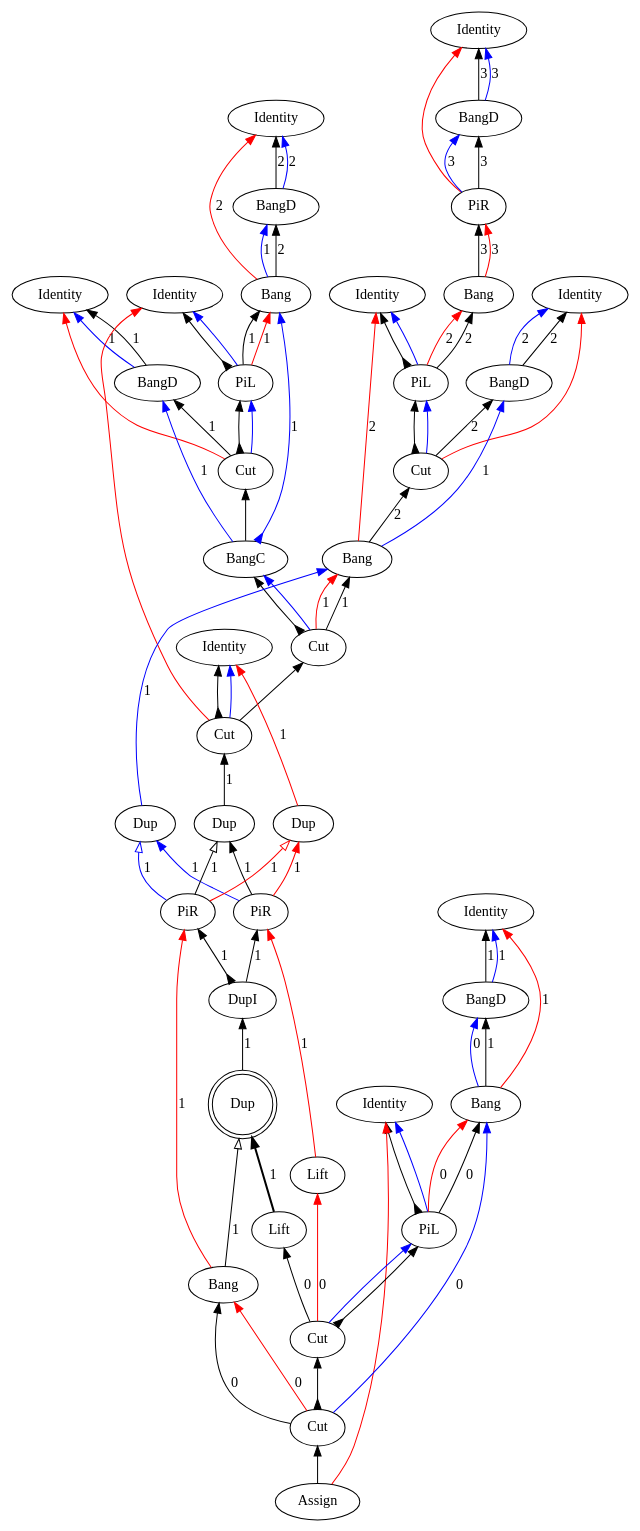
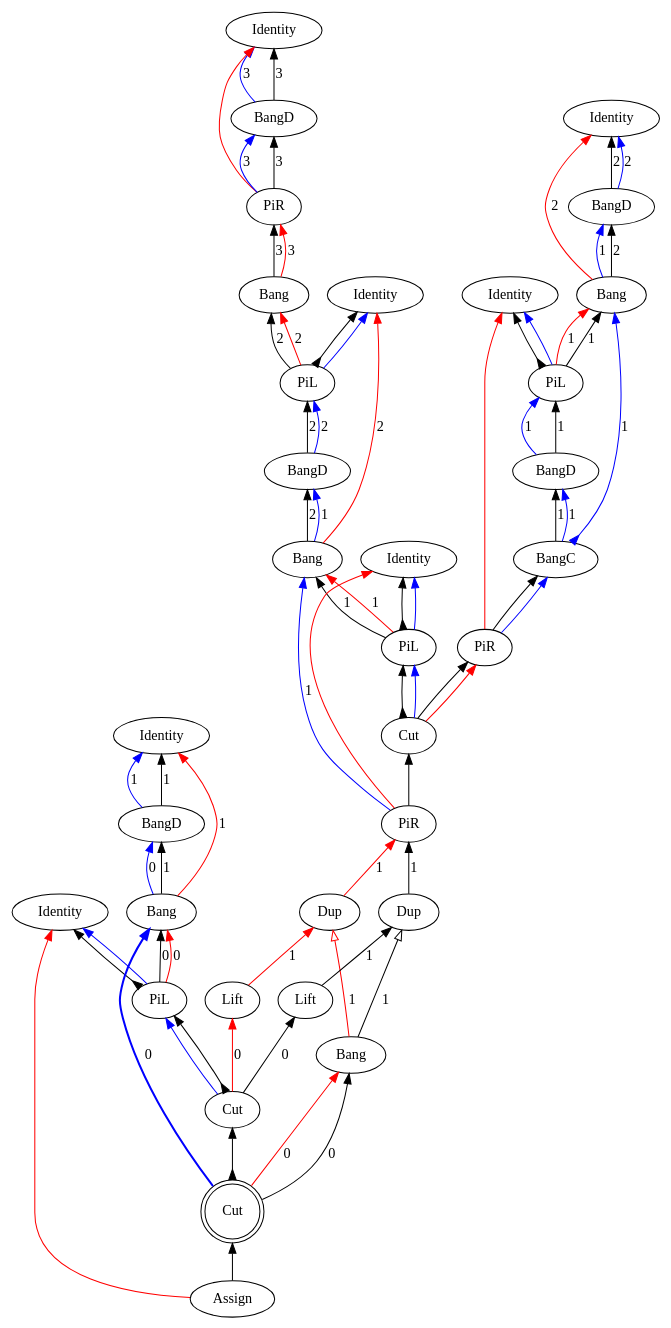
Before and after one commit to Mathnerd314/stroscot: the diagram in src/core/graphs/example_m_7.dot, drawn with Graphviz. The commit also changed 88 other files, not shown here.

```diff
--- a/src/core/graphs/example_m_7.dot
+++ b/src/core/graphs/example_m_7.dot
@@ -6,119 +6,100 @@
 "Bang3" [label="Bang"]
 "Identity4" [label="Identity"]
 "PiL5" [label="PiL"]
-"Identity6" [label="Identity"]
-"BangD7" [label="BangD"]
-"Cut8" [label="Cut"]
-"Bang9" [label="Bang"]
+"BangD6" [label="BangD"]
+"Bang7" [label="Bang"]
+"Identity8" [label="Identity"]
+"PiL9" [label="PiL"]
 "Identity10" [label="Identity"]
-"Identity11" [label="Identity"]
-"BangD12" [label="BangD"]
-"Bang13" [label="Bang"]
-"Identity14" [label="Identity"]
-"PiL15" [label="PiL"]
-"Identity16" [label="Identity"]
-"BangD17" [label="BangD"]
+"BangD11" [label="BangD"]
+"Bang12" [label="Bang"]
+"Identity13" [label="Identity"]
+"PiL14" [label="PiL"]
+"BangD15" [label="BangD"]
+"BangC16" [label="BangC"]
+"PiR17" [label="PiR"]
 "Cut18" [label="Cut"]
-"BangC19" [label="BangC"]
+"PiR19" [label="PiR"]
 "Identity20" [label="Identity"]
 "BangD21" [label="BangD"]
 "Bang22" [label="Bang"]
 "Identity23" [label="Identity"]
 "PiL24" [label="PiL"]
 "Assign25" [label="Assign"]
-"Cut26" [label="Cut"]
-"Cut27" [label="Cut"]
-"Dup28" [label="Dup",shape=doublecircle]
-"Bang29" [label="Bang"]
+"Dup26" [label="Dup"]
+"Dup27" [label="Dup"]
+"Bang28" [label="Bang"]
+"Cut29" [label="Cut",shape=doublecircle]
 "Cut30" [label="Cut"]
-"Cut31" [label="Cut"]
+"Lift31" [label="Lift"]
 "Lift32" [label="Lift"]
-"Lift33" [label="Lift"]
-"PiR34" [label="PiR"]
-"PiR35" [label="PiR"]
-"Dup36" [label="Dup"]
-"Dup37" [label="Dup"]
-"Dup38" [label="Dup"]
-"DupI39" [label="DupI"]
-"DupI39" -> "PiR34"[color=black,weight=5,tooltip="c_bseq103",label="1",arrowhead=normal,arrowtail=none,dir=both]
-"DupI39" -> "PiR35"[color=black,weight=5,tooltip="c_bseq107",label="1",arrowhead=normal,arrowtail=inv,dir=both]
 "Bang22" -> "BangD21"[color=black,weight=5,tooltip="c_bseq24",label="1",arrowhead=normal,arrowtail=none,dir=both]
-"Dup28" -> "DupI39"[color=black,weight=5,tooltip="c_bseq32",label="1",arrowhead=normal,arrowtail=none,dir=both]
-"Bang13" -> "BangD12"[color=black,weight=5,tooltip="c_bseq58",label="2",arrowhead=normal,arrowtail=none,dir=both]
-"Bang9" -> "Cut8"[color=black,weight=5,tooltip="c_bseq67",label="2",arrowhead=normal,arrowtail=none,dir=both]
+"Dup26" -> "PiR19"[color=black,weight=5,tooltip="c_bseq32",label="1",arrowhead=normal,arrowtail=none,dir=both]
+"Bang12" -> "BangD11"[color=black,weight=5,tooltip="c_bseq58",label="2",arrowhead=normal,arrowtail=none,dir=both]
+"Bang7" -> "BangD6"[color=black,weight=5,tooltip="c_bseq67",label="2",arrowhead=normal,arrowtail=none,dir=both]
 "Bang3" -> "PiR2"[color=black,weight=5,tooltip="c_bseq79",label="3",arrowhead=normal,arrowtail=none,dir=both]
-"Lift32" -> "Dup28"[color=black,weight=5,tooltip="c_bseq87",label="1",arrowhead=normal,arrowtail=none,penwidth=2,dir=both]
-"Bang29" -> "Dup28"[color=black,weight=5,tooltip="c_bseq91",label="1",arrowhead=onormal,arrowtail=none,dir=both]
-"Cut18" -> "PiL15"[color=black,weight=5,tooltip="c_lseq46",arrowhead=normal,arrowtail=inv,dir=both]
-"Cut8" -> "PiL5"[color=black,weight=5,tooltip="c_lseq68",arrowhead=normal,arrowtail=inv,dir=both]
-"Cut18" -> "BangD17"[color=black,weight=5,tooltip="c_rseq47",label="1",arrowhead=normal,arrowtail=none,dir=both]
-"Cut8" -> "BangD7"[color=black,weight=5,tooltip="c_rseq69",label="2",arrowhead=normal,arrowtail=none,dir=both]
+"Lift31" -> "Dup26"[color=black,weight=5,tooltip="c_bseq86",label="1",arrowhead=normal,arrowtail=none,dir=both]
+"Bang28" -> "Dup26"[color=black,weight=5,tooltip="c_bseq90",label="1",arrowhead=onormal,arrowtail=none,dir=both]
+"Cut18" -> "PiL9"[color=black,weight=5,tooltip="c_lseq36",arrowhead=normal,arrowtail=inv,dir=both]
+"Cut18" -> "PiR17"[color=black,weight=5,tooltip="c_rseq37",arrowhead=normal,arrowtail=none,dir=both]
 "PiL24" -> "Bang22"[color=black,weight=5,tooltip="dseq20",label="0",arrowhead=normal,arrowtail=none,dir=both]
-"PiL15" -> "Bang13"[color=black,weight=5,tooltip="dseq54",label="1",arrowhead=normal,arrowtail=none,dir=both]
-"Cut26" -> "Bang9"[color=black,weight=5,tooltip="dseq63",label="1",arrowhead=normal,arrowtail=none,dir=both]
+"PiL14" -> "Bang12"[color=black,weight=5,tooltip="dseq54",label="1",arrowhead=normal,arrowtail=none,dir=both]
+"PiL9" -> "Bang7"[color=black,weight=5,tooltip="dseq63",label="1",arrowhead=normal,arrowtail=none,dir=both]
 "PiL5" -> "Bang3"[color=black,weight=5,tooltip="dseq76",label="2",arrowhead=normal,arrowtail=none,dir=both]
-"Cut30" -> "Bang29"[color=black,weight=5,tooltip="dseq93",label="0",arrowhead=normal,arrowtail=none,dir=both]
-"PiR34" -> "Dup37"[color=blue,weight=2,tooltip="h101",label="1",arrowhead=normal,arrowtail=none,dir=both]
-"PiR35" -> "Dup37"[color=blue,weight=2,tooltip="h105",label="1",arrowhead=onormal,arrowtail=none,dir=both]
-"Dup37" -> "Bang9"[color=blue,weight=2,tooltip="h34",label="1",arrowhead=normal,arrowtail=none,dir=both]
-"Bang9" -> "BangD7"[color=blue,weight=2,tooltip="hf65",label="1",arrowhead=normal,arrowtail=none,dir=both]
-"BangD7" -> "Identity6"[color=blue,weight=2,tooltip="hret73",label="2",arrowhead=normal,arrowtail=none,dir=both]
-"BangD7" -> "Identity6"[color=black,weight=5,tooltip="hseq72",label="2",arrowhead=normal,arrowtail=none,dir=both]
+"Cut29" -> "Bang28"[color=black,weight=5,tooltip="dseq92",label="0",arrowhead=normal,arrowtail=none,dir=both]
+"PiR19" -> "Bang7"[color=blue,weight=2,tooltip="h34",label="1",arrowhead=normal,arrowtail=none,dir=both]
+"Bang7" -> "BangD6"[color=blue,weight=2,tooltip="hf65",label="1",arrowhead=normal,arrowtail=none,dir=both]
+"BangD6" -> "PiL5"[color=black,weight=5,tooltip="hseq72",label="2",arrowhead=normal,arrowtail=none,dir=both]
 "PiR2" -> "BangD1"[color=blue,weight=2,tooltip="i81",label="3",arrowhead=normal,arrowtail=none,dir=both]
 "PiL24" -> "Identity23"[color=black,weight=5,tooltip="idseq21",arrowhead=normal,arrowtail=inv,dir=both]
-"PiL15" -> "Identity14"[color=black,weight=5,tooltip="idseq55",arrowhead=normal,arrowtail=inv,dir=both]
-"Cut27" -> "Identity10"[color=black,weight=5,tooltip="idseq64",arrowhead=normal,arrowtail=inv,dir=both]
+"PiL14" -> "Identity13"[color=black,weight=5,tooltip="idseq55",arrowhead=normal,arrowtail=inv,dir=both]
+"PiL9" -> "Identity8"[color=black,weight=5,tooltip="idseq64",arrowhead=normal,arrowtail=inv,dir=both]
 "PiL5" -> "Identity4"[color=black,weight=5,tooltip="idseq77",arrowhead=normal,arrowtail=inv,dir=both]
 "BangD1" -> "Identity0"[color=blue,weight=2,tooltip="iret84",label="3",arrowhead=normal,arrowtail=none,dir=both]
 "BangD1" -> "Identity0"[color=black,weight=5,tooltip="iseq83",label="3",arrowhead=normal,arrowtail=none,dir=both]
 "PiL24" -> "Identity23"[color=blue,weight=2,tooltip="lret19",arrowhead=normal,arrowtail=none,dir=both]
-"PiL15" -> "Identity14"[color=blue,weight=2,tooltip="lret53",arrowhead=normal,arrowtail=none,dir=both]
-"Cut27" -> "Identity10"[color=blue,weight=2,tooltip="lret62",arrowhead=normal,arrowtail=none,dir=both]
+"PiL14" -> "Identity13"[color=blue,weight=2,tooltip="lret53",arrowhead=normal,arrowtail=none,dir=both]
+"PiL9" -> "Identity8"[color=blue,weight=2,tooltip="lret62",arrowhead=normal,arrowtail=none,dir=both]
 "PiL5" -> "Identity4"[color=blue,weight=2,tooltip="lret75",arrowhead=normal,arrowtail=none,dir=both]
-"Cut31" -> "PiL24"[color=blue,weight=2,tooltip="lval14",arrowhead=normal,arrowtail=none,dir=both]
-"Cut18" -> "PiL15"[color=blue,weight=2,tooltip="lval48",arrowhead=normal,arrowtail=none,dir=both]
-"Cut8" -> "PiL5"[color=blue,weight=2,tooltip="lval70",arrowhead=normal,arrowtail=none,dir=both]
+"Cut30" -> "PiL24"[color=blue,weight=2,tooltip="lval14",arrowhead=normal,arrowtail=none,dir=both]
+"Cut18" -> "PiL9"[color=blue,weight=2,tooltip="lval38",arrowhead=normal,arrowtail=none,dir=both]
+"BangD15" -> "PiL14"[color=blue,weight=2,tooltip="lval48",label="1",arrowhead=normal,arrowtail=none,dir=both]
+"BangD6" -> "PiL5"[color=blue,weight=2,tooltip="lval70",label="2",arrowhead=normal,arrowtail=none,dir=both]
 "PiL24" -> "Bang22"[color=red,weight=2,tooltip="newrret18",label="0",arrowhead=normal,arrowtail=none,dir=both]
-"PiL15" -> "Bang13"[color=red,weight=2,tooltip="newrret52",label="1",arrowhead=normal,arrowtail=none,dir=both]
-"Cut26" -> "Bang9"[color=red,weight=2,tooltip="newrret61",label="1",arrowhead=normal,arrowtail=none,dir=both]
+"PiL14" -> "Bang12"[color=red,weight=2,tooltip="newrret52",label="1",arrowhead=normal,arrowtail=none,dir=both]
+"PiL9" -> "Bang7"[color=red,weight=2,tooltip="newrret61",label="1",arrowhead=normal,arrowtail=none,dir=both]
 "PiL5" -> "Bang3"[color=red,weight=2,tooltip="newrret74",label="2",arrowhead=normal,arrowtail=none,dir=both]
-"Cut30" -> "Bang29"[color=red,weight=2,tooltip="newrret94",label="0",arrowhead=normal,arrowtail=none,dir=both]
+"Cut29" -> "Bang28"[color=red,weight=2,tooltip="newrret93",label="0",arrowhead=normal,arrowtail=none,dir=both]
 "Bang22" -> "Identity20"[color=red,weight=2,tooltip="newrretf23",label="1",arrowhead=normal,arrowtail=none,dir=both]
-"Bang13" -> "Identity11"[color=red,weight=2,tooltip="newrretf57",label="2",arrowhead=normal,arrowtail=none,dir=both]
-"Bang9" -> "Identity4"[color=red,weight=2,tooltip="newrretf66",label="2",arrowhead=normal,arrowtail=none,dir=both]
+"Dup27" -> "PiR19"[color=red,weight=2,tooltip="newrretf31",label="1",arrowhead=normal,arrowtail=none,dir=both]
+"Bang12" -> "Identity10"[color=red,weight=2,tooltip="newrretf57",label="2",arrowhead=normal,arrowtail=none,dir=both]
+"Bang7" -> "Identity4"[color=red,weight=2,tooltip="newrretf66",label="2",arrowhead=normal,arrowtail=none,dir=both]
 "Bang3" -> "PiR2"[color=red,weight=2,tooltip="newrretf78",label="3",arrowhead=normal,arrowtail=none,dir=both]
-"Lift33" -> "PiR34"[color=red,weight=2,tooltip="newrretf88",label="1",arrowhead=normal,arrowtail=none,dir=both]
-"Bang29" -> "PiR35"[color=red,weight=2,tooltip="newrretf92",label="1",arrowhead=normal,arrowtail=none,dir=both]
-"PiR34" -> "Dup38"[color=red,weight=2,tooltip="ret102",label="1",arrowhead=normal,arrowtail=none,dir=both]
-"PiR35" -> "Dup38"[color=red,weight=2,tooltip="ret106",label="1",arrowhead=onormal,arrowtail=none,dir=both]
-"Dup38" -> "Identity10"[color=red,weight=2,tooltip="ret35",label="1",arrowhead=normal,arrowtail=none,dir=both]
-"Cut27" -> "Identity14"[color=red,weight=2,tooltip="ret42",arrowhead=normal,arrowtail=none,dir=both]
+"Lift32" -> "Dup27"[color=red,weight=2,tooltip="newrretf87",label="1",arrowhead=normal,arrowtail=none,dir=both]
+"Bang28" -> "Dup27"[color=red,weight=2,tooltip="newrretf91",label="1",arrowhead=onormal,arrowtail=none,dir=both]
+"PiR19" -> "Identity8"[color=red,weight=2,tooltip="ret35",arrowhead=normal,arrowtail=none,dir=both]
+"PiR17" -> "Identity13"[color=red,weight=2,tooltip="ret42",arrowhead=normal,arrowtail=none,dir=both]
 "Assign25" -> "Identity23"[color=red,weight=2,tooltip="ret8",arrowhead=normal,arrowtail=none,dir=both]
 "PiR2" -> "Identity0"[color=red,weight=2,tooltip="ret82",arrowhead=normal,arrowtail=none,dir=both]
-"Assign25" -> "Cut30"[color=black,weight=5,tooltip="retseq0",arrowhead=normal,arrowtail=none,dir=both]
-"Cut18" -> "Identity16"[color=red,weight=2,tooltip="rval49",arrowhead=normal,arrowtail=none,dir=both]
-"Cut8" -> "Identity6"[color=red,weight=2,tooltip="rval71",arrowhead=normal,arrowtail=none,dir=both]
-"PiR34" -> "Dup36"[color=black,weight=5,tooltip="seq100",label="1",arrowhead=normal,arrowtail=none,dir=both]
-"PiR35" -> "Dup36"[color=black,weight=5,tooltip="seq104",label="1",arrowhead=onormal,arrowtail=none,dir=both]
-"Dup36" -> "Cut27"[color=black,weight=5,tooltip="seq33",label="1",arrowhead=normal,arrowtail=none,dir=both]
-"Cut26" -> "BangC19"[color=black,weight=5,tooltip="seq40",arrowhead=normal,arrowtail=inv,dir=both]
-"BangC19" -> "Cut18"[color=black,weight=5,tooltip="seq45",arrowhead=normal,arrowtail=none,dir=both]
+"Assign25" -> "Cut29"[color=black,weight=5,tooltip="retseq0",arrowhead=normal,arrowtail=none,dir=both]
+"Cut18" -> "PiR17"[color=red,weight=2,tooltip="rval39",arrowhead=normal,arrowtail=none,dir=both]
+"PiR19" -> "Cut18"[color=black,weight=5,tooltip="seq33",arrowhead=normal,arrowtail=none,dir=both]
+"PiR17" -> "BangC16"[color=black,weight=5,tooltip="seq40",arrowhead=normal,arrowtail=none,dir=both]
+"BangC16" -> "BangD15"[color=black,weight=5,tooltip="seq45",label="1",arrowhead=normal,arrowtail=none,dir=both]
 "PiR2" -> "BangD1"[color=black,weight=5,tooltip="seq80",label="3",arrowhead=normal,arrowtail=none,dir=both]
-"Cut30" -> "Cut31"[color=black,weight=5,tooltip="seqBC95",arrowhead=normal,arrowtail=inv,dir=both]
-"Cut31" -> "Lift33"[color=red,weight=2,tooltip="seqDM97",label="0",arrowhead=normal,arrowtail=none,dir=both]
-"Cut31" -> "Lift32"[color=black,weight=5,tooltip="seqDS96",label="0",arrowhead=normal,arrowtail=none,dir=both]
-"Cut27" -> "Cut26"[color=black,weight=5,tooltip="seqP86",arrowhead=normal,arrowtail=none,dir=both]
-"Cut30" -> "Bang22"[color=blue,weight=2,tooltip="xB10",label="0",arrowhead=normal,arrowtail=none,dir=both]
+"Cut29" -> "Cut30"[color=black,weight=5,tooltip="seqBC94",arrowhead=normal,arrowtail=inv,dir=both]
+"Cut30" -> "Lift32"[color=red,weight=2,tooltip="seqDM96",label="0",arrowhead=normal,arrowtail=none,dir=both]
+"Cut30" -> "Lift31"[color=black,weight=5,tooltip="seqDS95",label="0",arrowhead=normal,arrowtail=none,dir=both]
+"Cut29" -> "Bang22"[color=blue,weight=2,tooltip="xB10",label="0",arrowhead=normal,arrowtail=none,penwidth=2,dir=both]
 "Bang22" -> "BangD21"[color=blue,weight=2,tooltip="xBf22",label="0",arrowhead=normal,arrowtail=none,dir=both]
 "BangD21" -> "Identity20"[color=blue,weight=2,tooltip="xret26",label="1",arrowhead=normal,arrowtail=none,dir=both]
-"Cut31" -> "PiL24"[color=black,weight=5,tooltip="xseq16",arrowhead=normal,arrowtail=inv,dir=both]
+"Cut30" -> "PiL24"[color=black,weight=5,tooltip="xseq16",arrowhead=normal,arrowtail=inv,dir=both]
 "BangD21" -> "Identity20"[color=black,weight=5,tooltip="xseq25",label="1",arrowhead=normal,arrowtail=none,dir=both]
-"Cut26" -> "BangC19"[color=blue,weight=2,tooltip="y41",arrowhead=normal,arrowtail=none,dir=both]
-"BangC19" -> "BangD17"[color=blue,weight=2,tooltip="yA43",label="1",arrowhead=normal,arrowtail=none,dir=both]
-"BangC19" -> "Bang13"[color=blue,weight=2,tooltip="yB44",label="1",arrowhead=normal,arrowtail=inv,dir=both]
-"Bang13" -> "BangD12"[color=blue,weight=2,tooltip="yBf56",label="1",arrowhead=normal,arrowtail=none,dir=both]
-"BangD17" -> "Identity16"[color=blue,weight=2,tooltip="yret51",label="1",arrowhead=normal,arrowtail=none,dir=both]
-"BangD12" -> "Identity11"[color=blue,weight=2,tooltip="yret60",label="2",arrowhead=normal,arrowtail=none,dir=both]
-"BangD17" -> "Identity16"[color=black,weight=5,tooltip="yseq50",label="1",arrowhead=normal,arrowtail=none,dir=both]
-"BangD12" -> "Identity11"[color=black,weight=5,tooltip="yseq59",label="2",arrowhead=normal,arrowtail=none,dir=both]
+"PiR17" -> "BangC16"[color=blue,weight=2,tooltip="y41",arrowhead=normal,arrowtail=none,dir=both]
+"BangC16" -> "BangD15"[color=blue,weight=2,tooltip="yA43",label="1",arrowhead=normal,arrowtail=none,dir=both]
+"BangC16" -> "Bang12"[color=blue,weight=2,tooltip="yB44",label="1",arrowhead=normal,arrowtail=inv,dir=both]
+"Bang12" -> "BangD11"[color=blue,weight=2,tooltip="yBf56",label="1",arrowhead=normal,arrowtail=none,dir=both]
+"BangD11" -> "Identity10"[color=blue,weight=2,tooltip="yret60",label="2",arrowhead=normal,arrowtail=none,dir=both]
+"BangD15" -> "PiL14"[color=black,weight=5,tooltip="yseq50",label="1",arrowhead=normal,arrowtail=none,dir=both]
+"BangD11" -> "Identity10"[color=black,weight=5,tooltip="yseq59",label="2",arrowhead=normal,arrowtail=none,dir=both]
 }
```
